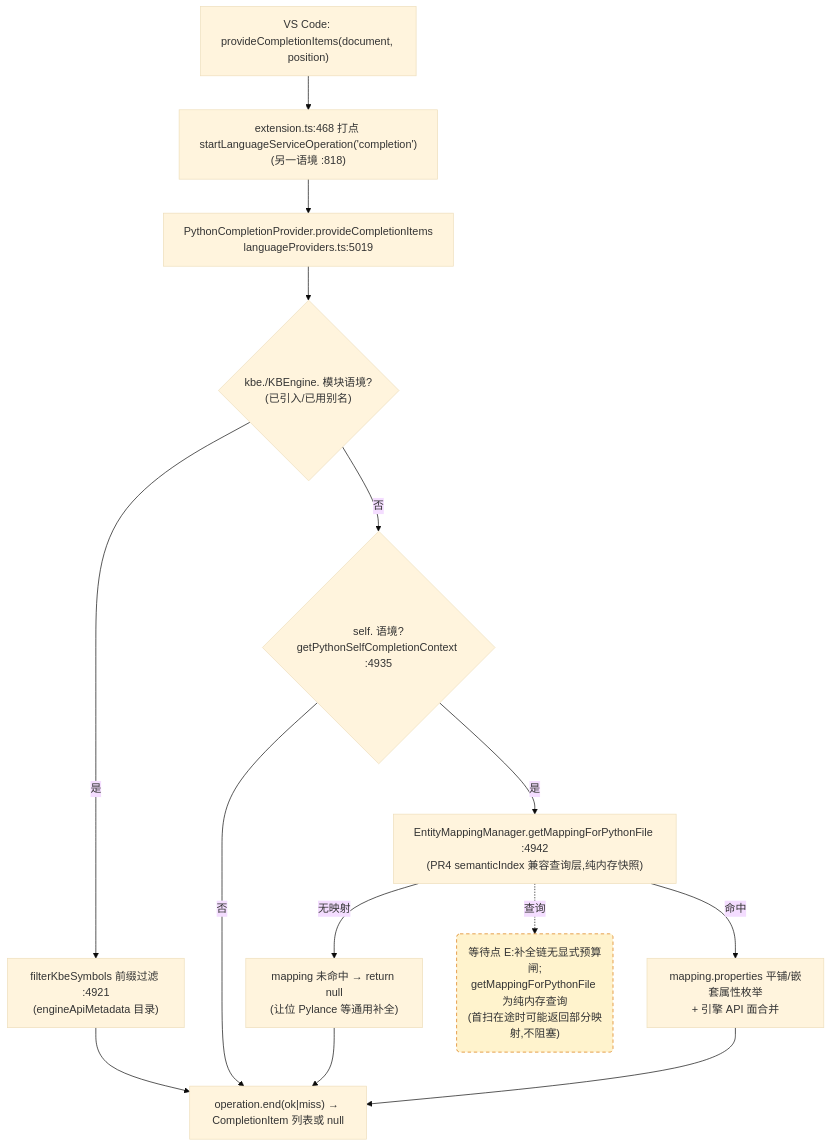
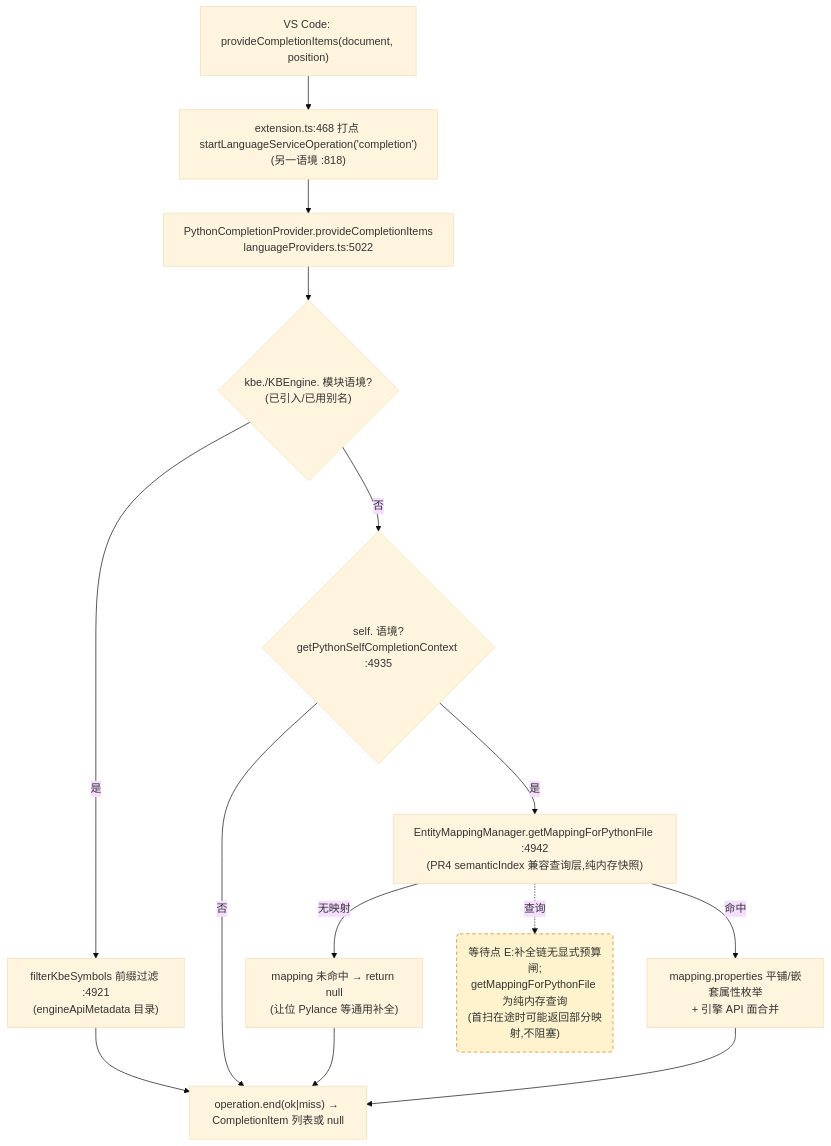
Before and after one commit to cuihairu/kode: the third of 4 diagrams in docs/perf/2026-baseline.md, drawn with Mermaid (base theme). The commit also changed 4 other files, not shown here.

````diff
--- a/docs/perf/2026-baseline.md
+++ b/docs/perf/2026-baseline.md
@@ -184,27 +184,27 @@
 ```mermaid
 flowchart TD
   VC3["VS Code: provideCompletionItems(document, position)"]
   M3["extension.ts:468 打点 startLanguageServiceOperation('completion')<br/>(另一语境 :818)"]
-  CP["PythonCompletionProvider.provideCompletionItems<br/>languageProviders.ts:5019"]
+  CP["PythonCompletionProvider.provideCompletionItems<br/>languageProviders.ts:5022"]
   KBEC{"kbe./KBEngine. 模块语境?<br/>(已引入/已用别名)"}
   FILTER["filterKbeSymbols 前缀过滤 :4921<br/>(engineApiMetadata 目录)"]
   SELFC{"self. 语境?<br/>getPythonSelfCompletionContext :4935"}
   MAP["EntityMappingManager.getMappingForPythonFile :4942<br/>(PR4 semanticIndex 兼容查询层,纯内存快照)"]
   NOMAP["mapping 未命中 → return null<br/>(让位 Pylance 等通用补全)"]
   PROPS["mapping.properties 平铺/嵌套属性枚举<br/>+ 引擎 API 面合并"]
   END3["operation.end(ok|miss) → CompletionItem 列表或 null"]
 
   VC3 --> M3 --> CP --> KBEC
   KBEC -- "是" --> FILTER --> END3
   KBEC -- "否" --> SELFC
   SELFC -- "否" --> END3
   SELFC -- "是" --> MAP
   MAP -- "无映射" --> NOMAP --> END3
   MAP -- "命中" --> PROPS --> END3
 
   WAITE("等待点 E:补全链无显式预算闸;<br/>getMappingForPythonFile 为纯内存查询<br/>(首扫在途时可能返回部分映射,不阻塞)")
   MAP -.->|查询| WAITE
 
   classDef waitPoint fill:#fff3cd,stroke:#d97706,stroke-dasharray:5 4;
   class WAITE waitPoint;
 ```
````
